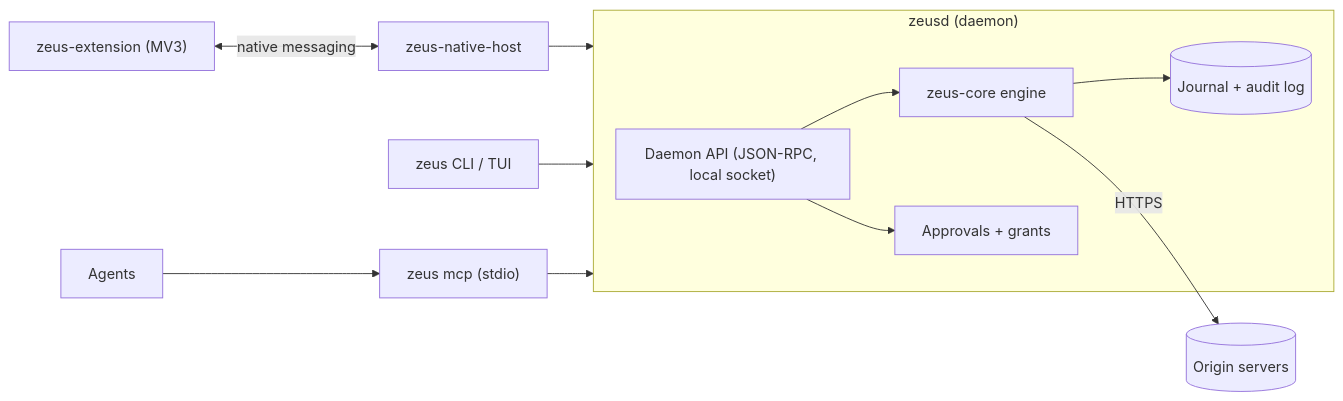
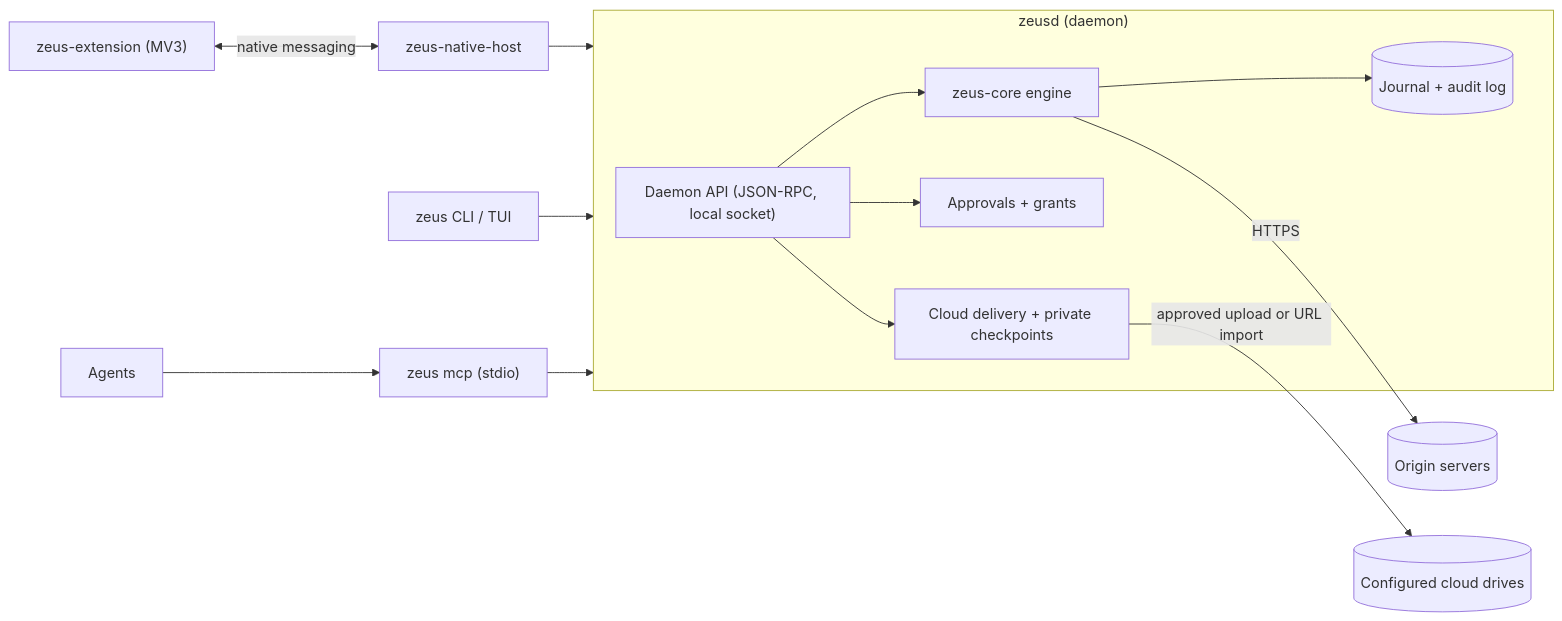
One commit to ArefinAlter/zeus changed the diagram in README.md. Above: the diagram before and after it, drawn with Mermaid. The commit also changed other lines of this file and 76 other files, not shown here.

````diff
--- a/README.md
+++ b/README.md
@@ -23,14 +24,16 @@
 ```mermaid
 flowchart LR
   EXT["zeus-extension (MV3)"] <-->|native messaging| NH["zeus-native-host"]
   NH --> D
   CLI["zeus CLI / TUI"] --> D
   MCP["zeus mcp (stdio)"] --> D
   AG["Agents"] --> MCP
   subgraph D["zeusd (daemon)"]
     API["Daemon API (JSON-RPC, local socket)"] --> ENG["zeus-core engine"]
     API --> APR["Approvals + grants"]
+    API --> CLOUD["Cloud delivery + private checkpoints"]
     ENG --> J[("Journal + audit log")]
   end
   ENG -->|HTTPS| S[("Origin servers")]
+  CLOUD -->|approved upload or URL import| C[("Configured cloud drives")]
 ```
````
